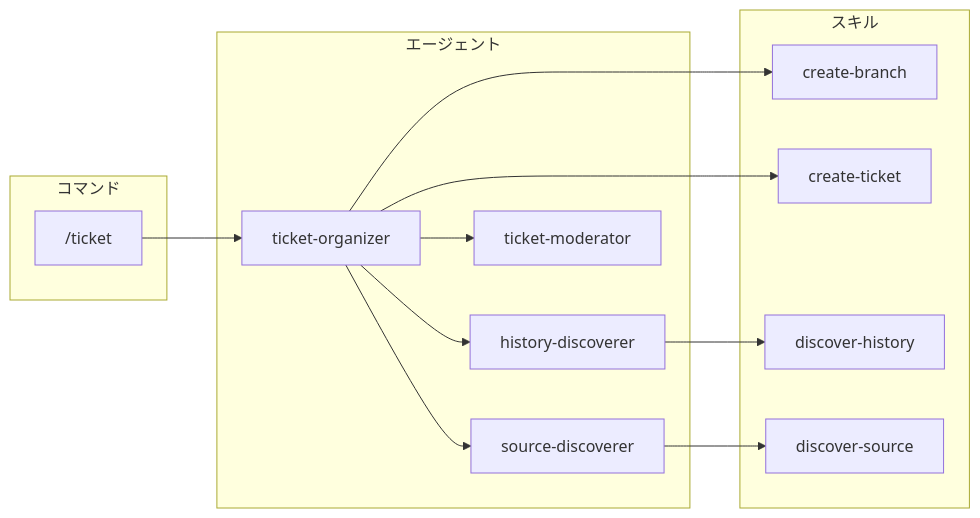
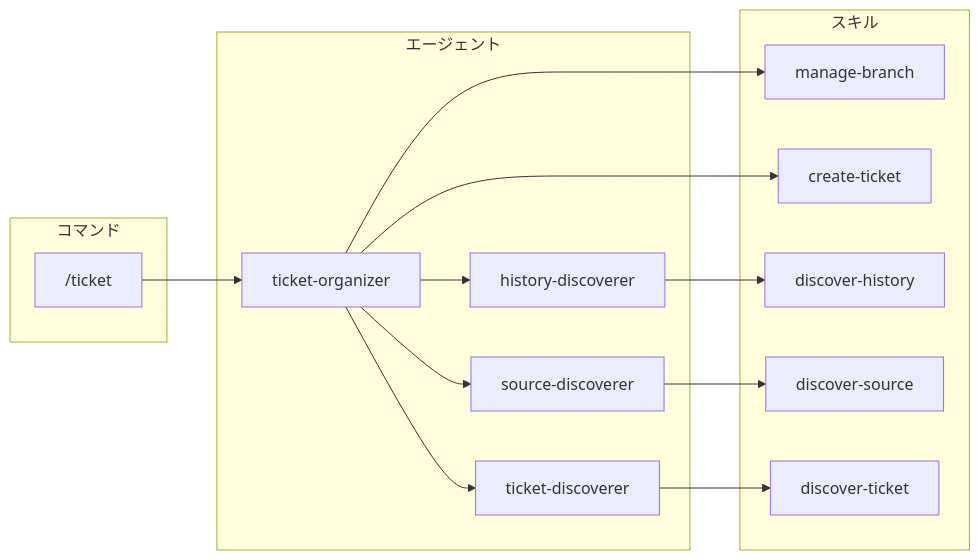
Before and after one commit to qmu/workaholic: the second of 7 diagrams in .workaholic/specs/architecture_ja.md, drawn with Mermaid. The commit also changed other lines of this file and 13 other files, not shown here.

````diff
--- a/.workaholic/specs/architecture_ja.md
+++ b/.workaholic/specs/architecture_ja.md
@@ -210,28 +214,30 @@
 ```mermaid
 flowchart LR
     subgraph コマンド
         ticket["/ticket"]
     end
 
     subgraph エージェント
         to[ticket-organizer]
         hd[history-discoverer]
         sd[source-discoverer]
-        tm[ticket-moderator]
+        td[ticket-discoverer]
     end
 
     subgraph スキル
-        cb[create-branch]
+        mb[manage-branch]
         ct[create-ticket]
         dh[discover-history]
         ds[discover-source]
+        dt[discover-ticket]
     end
 
     ticket --> to
 
-    to --> hd & sd & tm
-    to --> ct & cb
+    to --> hd & sd & td
+    to --> ct & mb
 
     hd --> dh
     sd --> ds
+    td --> dt
 ```
````
